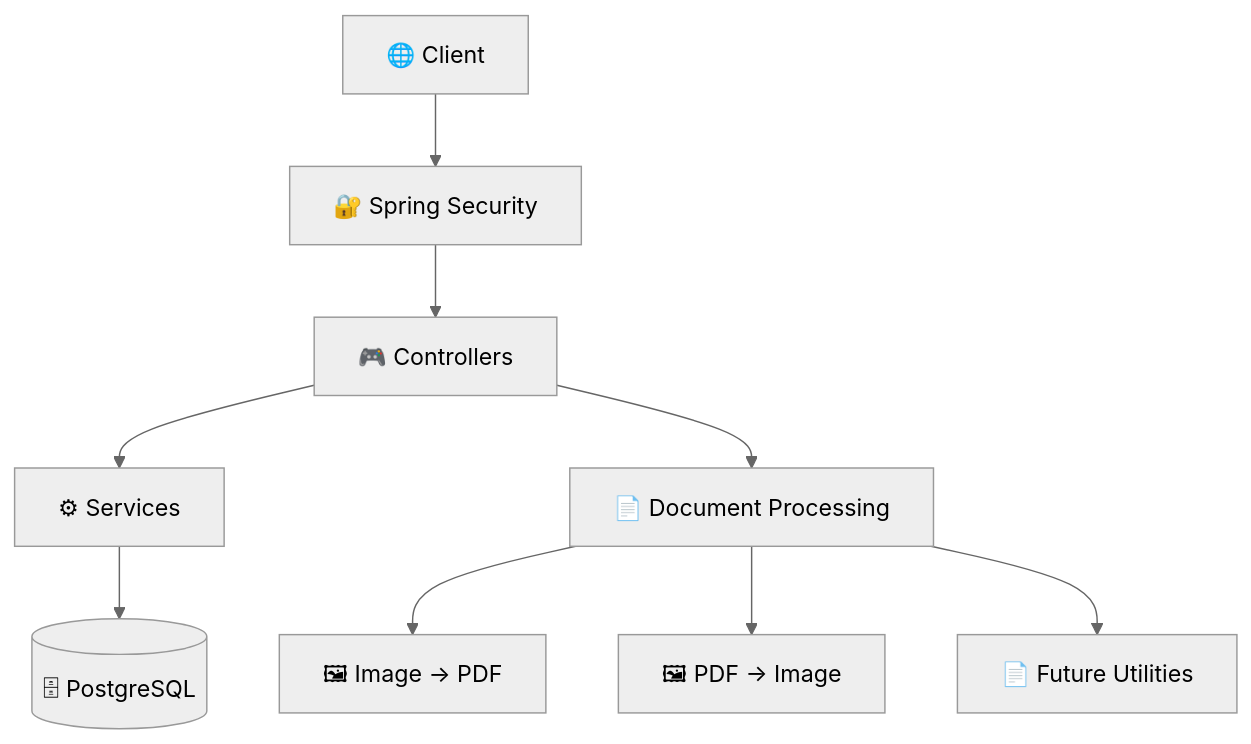
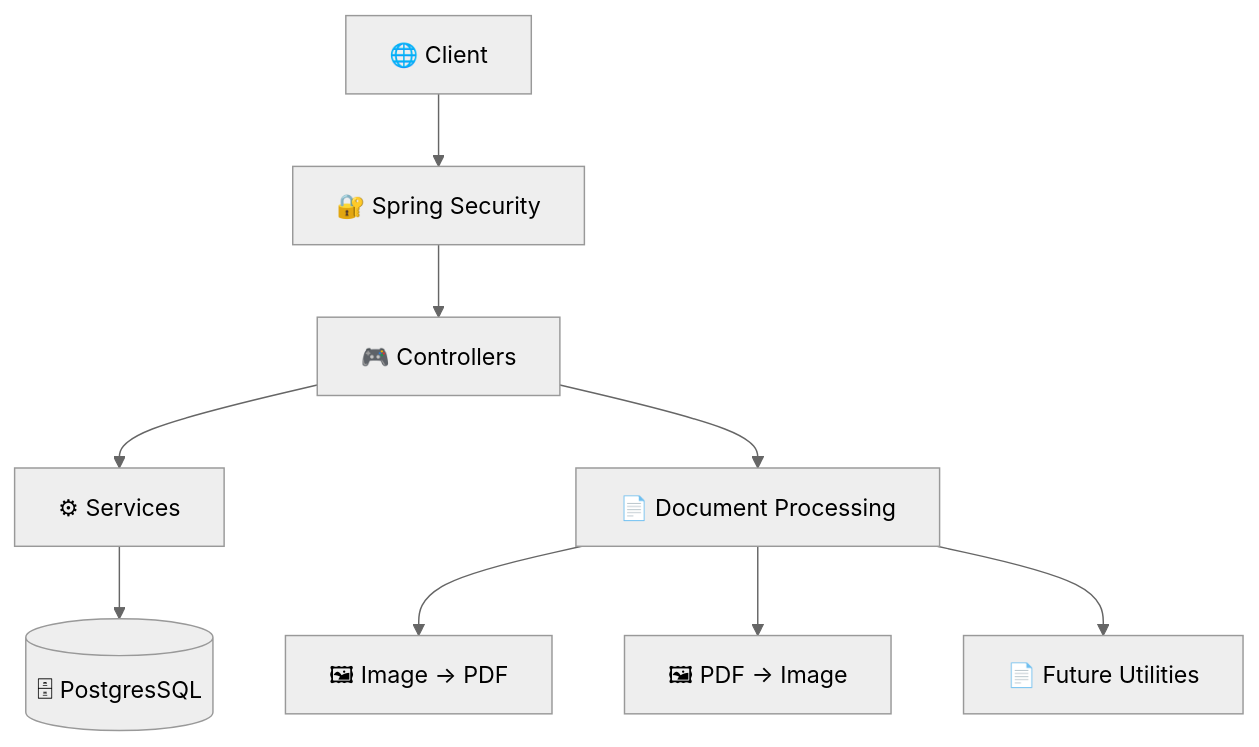
One commit to Timely-Position463/productivity-platform changed the second of 3 diagrams in README.md. Above: the diagram before and after it, drawn with Mermaid (neutral theme). The commit also changed 19 other files, not shown here.

````diff
--- a/README.md
+++ b/README.md
@@ -286,21 +286,21 @@
 ```mermaid
 flowchart TD
 
 A[🌐 Client]
 
 A --> B[🔐 Spring Security]
 
 B --> C[🎮 Controllers]
 
 C --> D[⚙ Services]
 
-D --> E[(🗄 PostgreSQL)]
+D --> E[(🗄 PostgresSQL)]
 
 C --> F[📄 Document Processing]
 
 F --> G[🖼 Image → PDF]
 
 F --> H[🖼 PDF → Image]
 
 F --> I[📄 Future Utilities]
 ```
````
